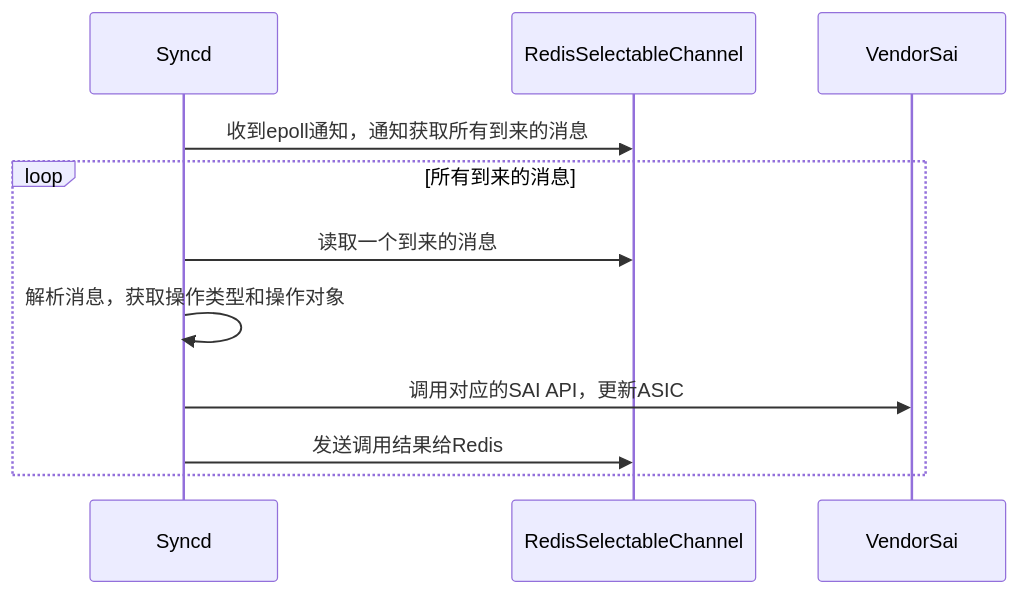
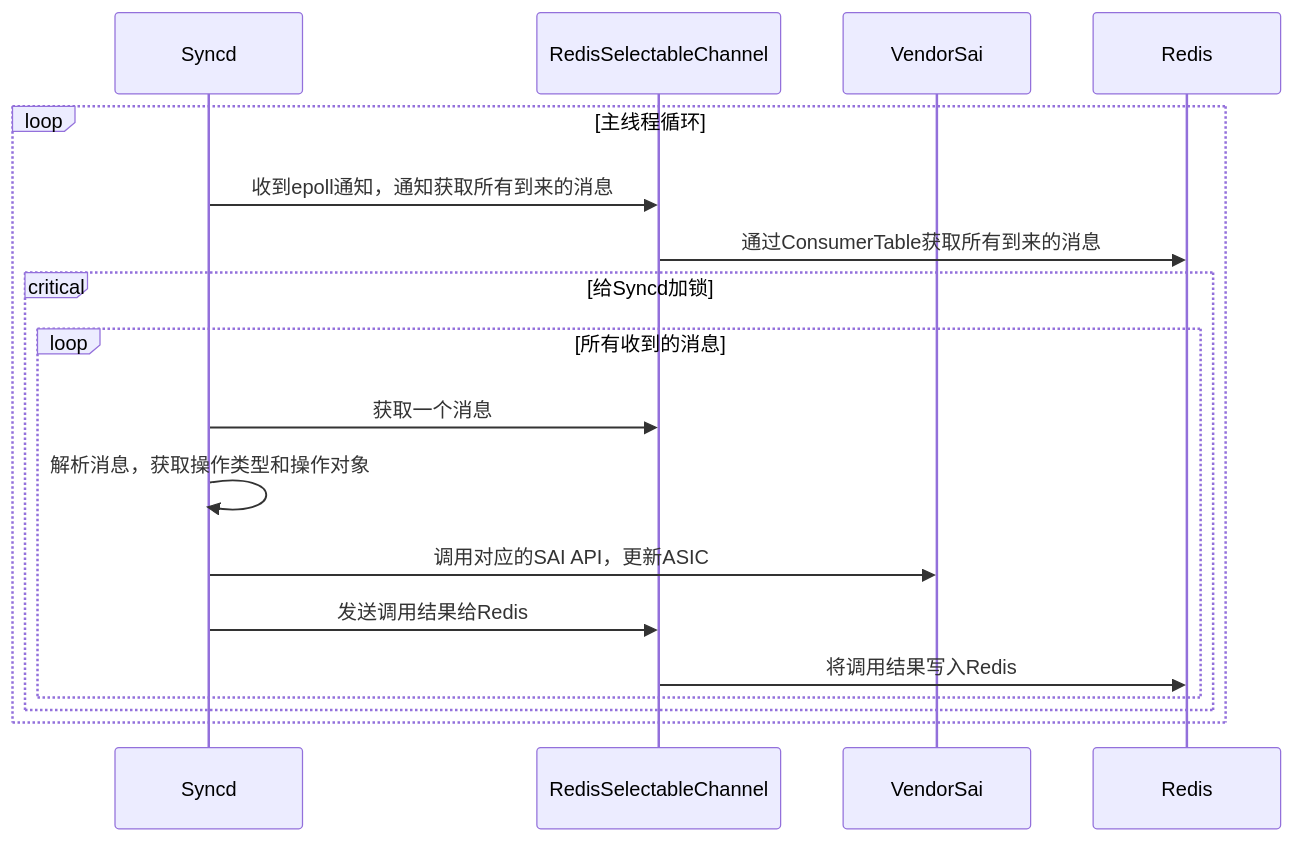
One commit to r12f/sonic-book changed the second of 3 diagrams in src/5-1-syncd-sai-workflow.md. Above: the diagram before and after it, drawn with Mermaid.

Commit message:
Update more on SAI update sequence graph.

````diff
--- a/src/5-1-syncd-sai-workflow.md
+++ b/src/5-1-syncd-sai-workflow.md
@@ -462,15 +462,22 @@
 ```mermaid
 sequenceDiagram
     participant SD as Syncd
     participant RSC as RedisSelectableChannel
     participant SAI as VendorSai
+    participant R as Redis
 
-    SD->>RSC: 收到epoll通知，通知获取所有到来的消息
+    loop 主线程循环
+        SD->>RSC: 收到epoll通知，通知获取所有到来的消息
+        RSC->>R: 通过ConsumerTable获取所有到来的消息
 
-    loop 所有到来的消息
-        SD->>RSC: 读取一个到来的消息
-        SD->>SD: 解析消息，获取操作类型和操作对象
-        SD->>SAI: 调用对应的SAI API，更新ASIC
-        SD->>RSC: 发送调用结果给Redis
+        critical 给Syncd加锁
+            loop 所有收到的消息
+                SD->>RSC: 获取一个消息
+                SD->>SD: 解析消息，获取操作类型和操作对象
+                SD->>SAI: 调用对应的SAI API，更新ASIC
+                SD->>RSC: 发送调用结果给Redis
+                RSC->>R: 将调用结果写入Redis
+            end
+        end
     end
 ```
````
